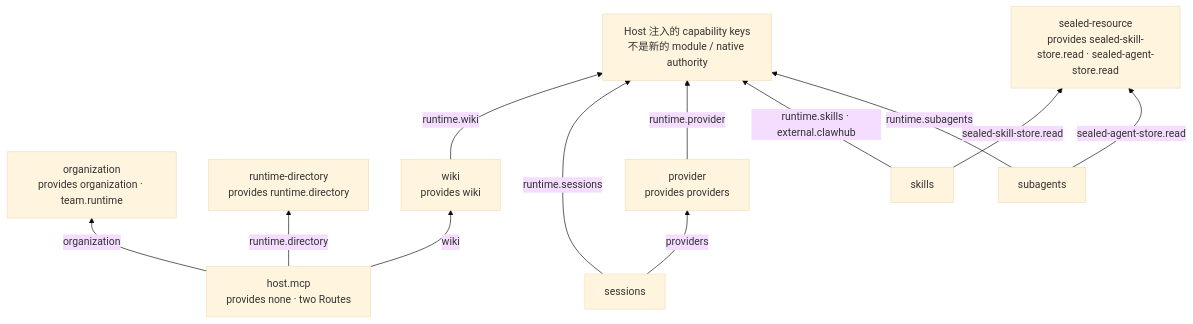
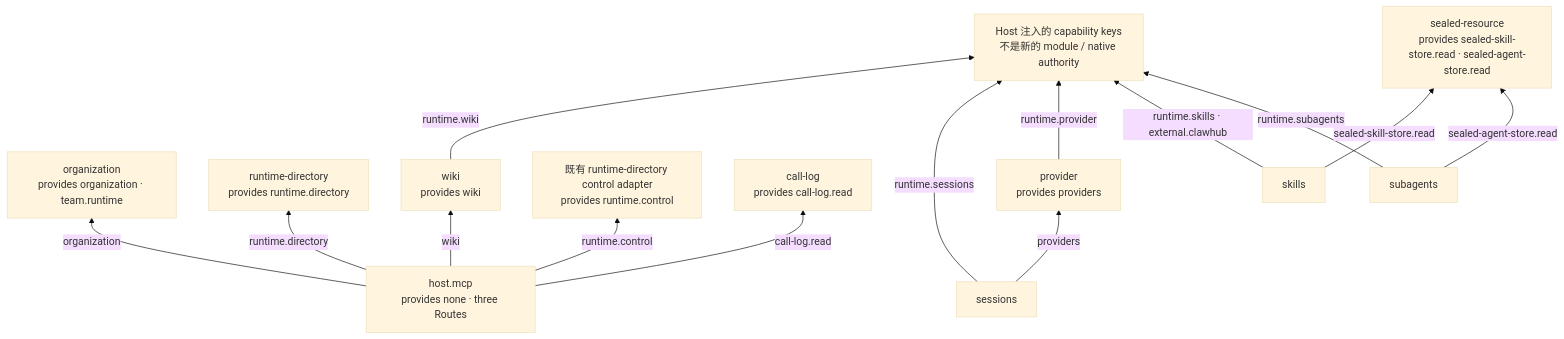
One commit to hellowKeyzj/Matcha-claw changed the fifth of 7 diagrams in docs/architecture/layered-architecture.md. Above: the diagram before and after it, drawn with Mermaid (base theme). The commit also changed other lines of this file and 656 other files, not shown here.

````diff
--- a/docs/architecture/layered-architecture.md
+++ b/docs/architecture/layered-architecture.md
@@ -574,25 +632,29 @@
 ```mermaid
 flowchart BT
   Organization["organization\nprovides organization · team.runtime"]
   Directory["runtime-directory\nprovides runtime.directory"]
   Wiki["wiki\nprovides wiki"]
-  Mcp["host.mcp\nprovides none · two Routes"]
+  Mcp["host.mcp\nprovides none · three Routes"]
+  RuntimeControl["既有 runtime-directory control adapter\nprovides runtime.control"]
+  CallLog["call-log\nprovides call-log.read"]
   Sessions["sessions"]
   Provider["provider\nprovides providers"]
   Sealed["sealed-resource\nprovides sealed-skill-store.read · sealed-agent-store.read"]
   Skills[skills]
   Subagents[subagents]
   Injected["Host 注入的 capability keys\n不是新的 module / native authority"]
 
   Mcp -->|organization| Organization
   Mcp -->|runtime.directory| Directory
+  Mcp -->|runtime.control| RuntimeControl
+  Mcp -->|call-log.read| CallLog
   Mcp -->|wiki| Wiki
   Wiki -->|runtime.wiki| Injected
   Sessions -->|providers| Provider
   Sessions -->|runtime.sessions| Injected
   Provider -->|runtime.provider| Injected
   Skills -->|sealed-skill-store.read| Sealed
   Skills -->|runtime.skills · external.clawhub| Injected
   Subagents -->|sealed-agent-store.read| Sealed
   Subagents -->|runtime.subagents| Injected
 ```
````
